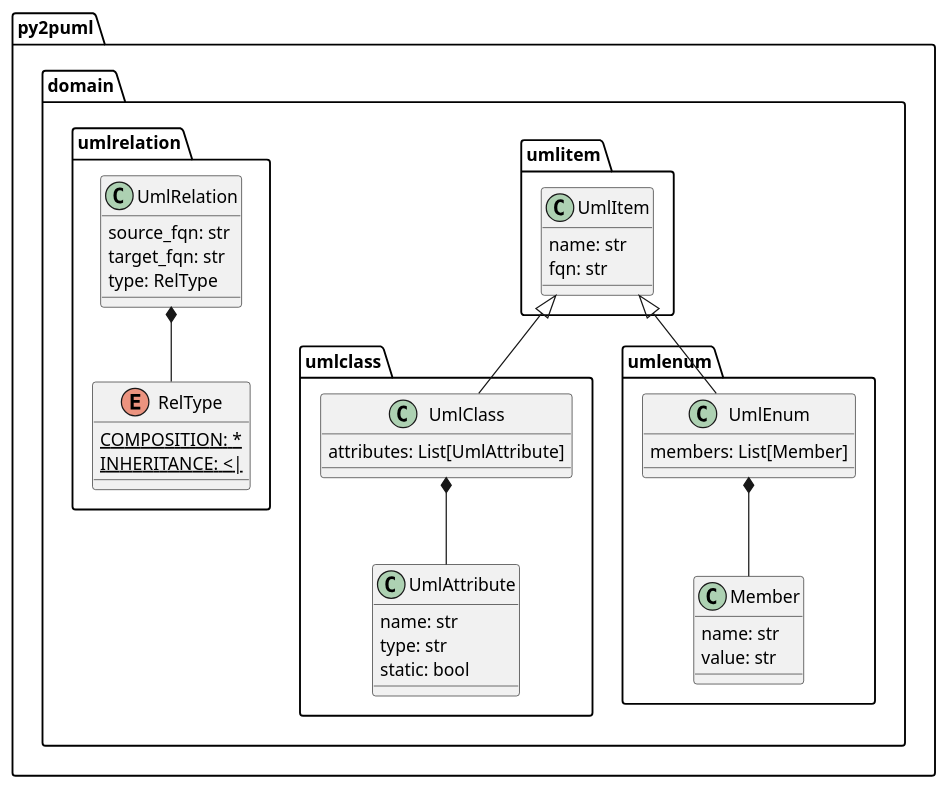
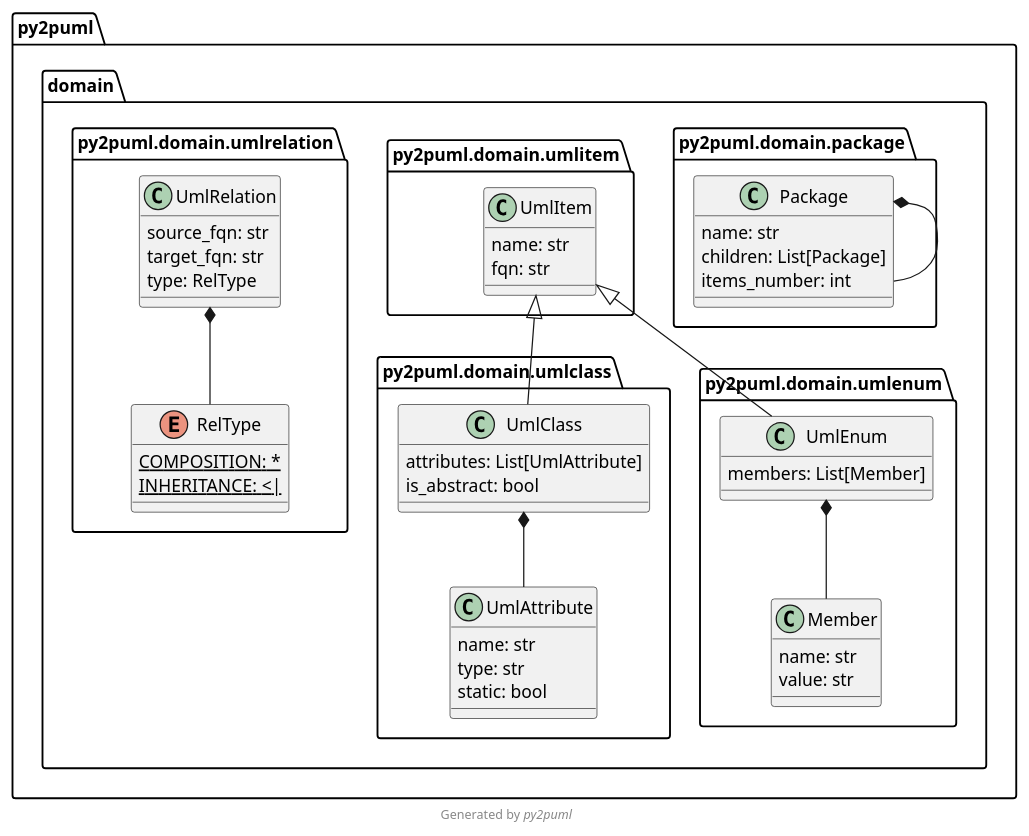
Before and after one commit to lucsorel/py2puml: the diagram in README.md, drawn with PlantUML. The commit also changed other lines of this file and 55 other files, not shown here.

First line of the commit message:
32 add namespace structure in the PlantUML result (#37)

````diff
--- a/README.md
+++ b/README.md
@@ -79,37 +79,52 @@
 ```plantuml
-@startuml
+@startuml py2puml.domain
+namespace py2puml.domain {
+  namespace package {}
+  namespace umlclass {}
+  namespace umlitem {}
+  namespace umlenum {}
+  namespace umlrelation {}
+}
+class py2puml.domain.package.Package {
+  name: str
+  children: List[Package]
+  items_number: int
+}
 class py2puml.domain.umlclass.UmlAttribute {
   name: str
   type: str
   static: bool
 }
 class py2puml.domain.umlclass.UmlClass {
   attributes: List[UmlAttribute]
+  is_abstract: bool
 }
 class py2puml.domain.umlitem.UmlItem {
   name: str
   fqn: str
 }
 class py2puml.domain.umlenum.Member {
   name: str
   value: str
 }
 class py2puml.domain.umlenum.UmlEnum {
   members: List[Member]
 }
 enum py2puml.domain.umlrelation.RelType {
   COMPOSITION: * {static}
   INHERITANCE: <| {static}
 }
 class py2puml.domain.umlrelation.UmlRelation {
   source_fqn: str
   target_fqn: str
   type: RelType
 }
+py2puml.domain.package.Package *-- py2puml.domain.package.Package
 py2puml.domain.umlclass.UmlClass *-- py2puml.domain.umlclass.UmlAttribute
 py2puml.domain.umlitem.UmlItem <|-- py2puml.domain.umlclass.UmlClass
 py2puml.domain.umlenum.UmlEnum *-- py2puml.domain.umlenum.Member
 py2puml.domain.umlitem.UmlItem <|-- py2puml.domain.umlenum.UmlEnum
 py2puml.domain.umlrelation.UmlRelation *-- py2puml.domain.umlrelation.RelType
+footer Generated by //py2puml//
 @enduml
 ```
````
